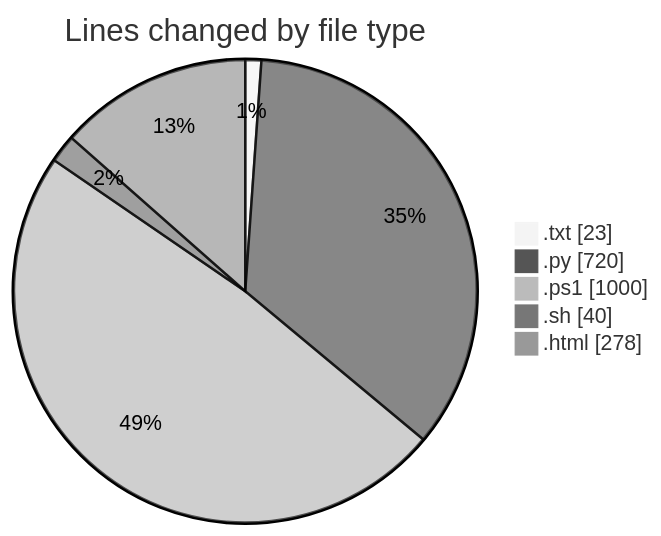
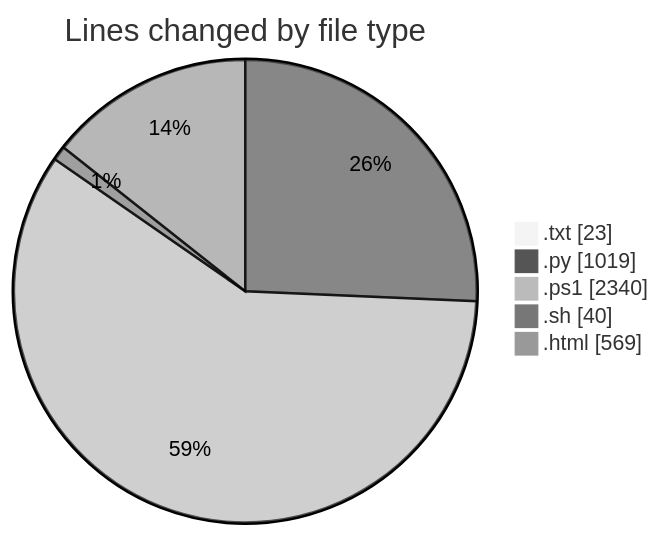
The first of 2 diagrams in 2025-05-16/python_app_deploy/README.md (CELIANVF/code-tracking), drawn with Mermaid (neutral theme) before and after one commit. The commit also changed other lines of this file and 1 other file, not shown here.

````diff
--- a/2025-05-16/python_app_deploy/README.md
+++ b/2025-05-16/python_app_deploy/README.md
@@ -38,9 +41,9 @@
 ```mermaid
 pie showData
 title Lines changed by file type
 ".txt" : 23
-".py" : 720
-".ps1" : 1000
+".py" : 1019
+".ps1" : 2340
 ".sh" : 40
-".html" : 278
+".html" : 569
 ```
````
